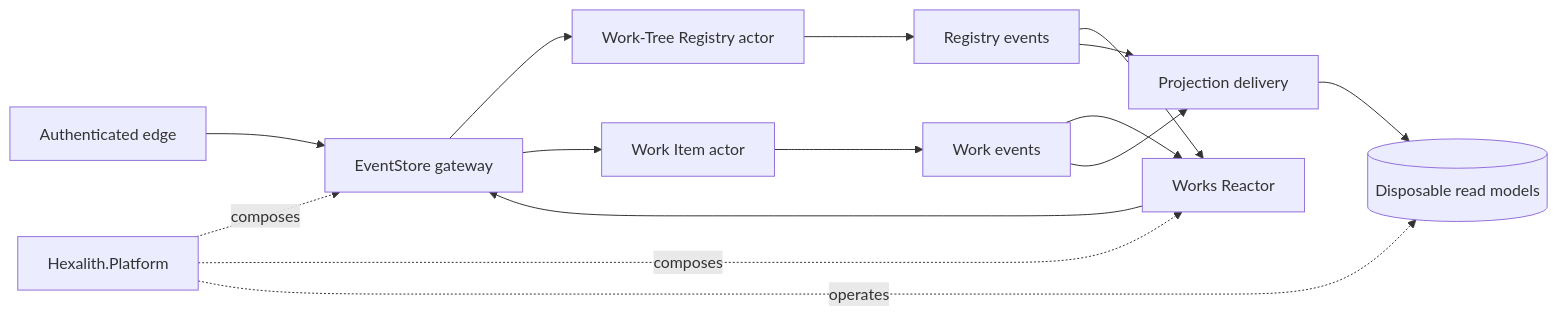
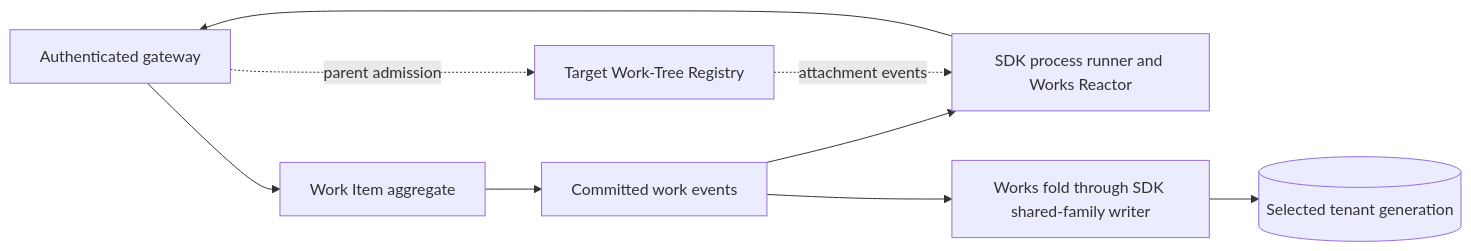
The first of 2 diagrams in _bmad-output/planning-artifacts/architecture.md (Hexalith/Hexalith.Works), drawn with Mermaid before and after one commit. The commit also changed other lines of this file and 8 other files, not shown here.

Commit message:
docs(architecture): update the spine and record validation against refreshed references

```diff
--- a/_bmad-output/planning-artifacts/architecture.md
+++ b/_bmad-output/planning-artifacts/architecture.md
@@ -50,17 +56,11 @@
 ~~~mermaid
 flowchart LR
-    Edge[Authenticated edge] --> Gateway[EventStore gateway]
-    Gateway --> Registry[Work-Tree Registry actor]
-    Gateway --> Item[Work Item actor]
-    Registry --> RE[Registry events]
-    Item --> WE[Work events]
-    RE --> Reactor[Works Reactor]
-    WE --> Reactor
-    RE --> Projection[Projection delivery]
-    WE --> Projection
-    Reactor --> Gateway
-    Projection --> Reads[(Disposable read models)]
-    Platform[Hexalith.Platform] -. composes .-> Gateway
-    Platform -. composes .-> Reactor
-    Platform -. operates .-> Reads
+    Edge[Authenticated gateway] --> Item[Work Item aggregate]
+    Item --> WE[Committed work events]
+    WE --> Process[SDK process runner and Works Reactor]
+    Process --> Edge
+    WE --> Projection[Works fold through SDK shared-family writer]
+    Projection --> Reads[(Selected tenant generation)]
+    Edge -. parent admission .-> Registry[Target Work-Tree Registry]
+    Registry -. attachment events .-> Process
 ~~~
```
